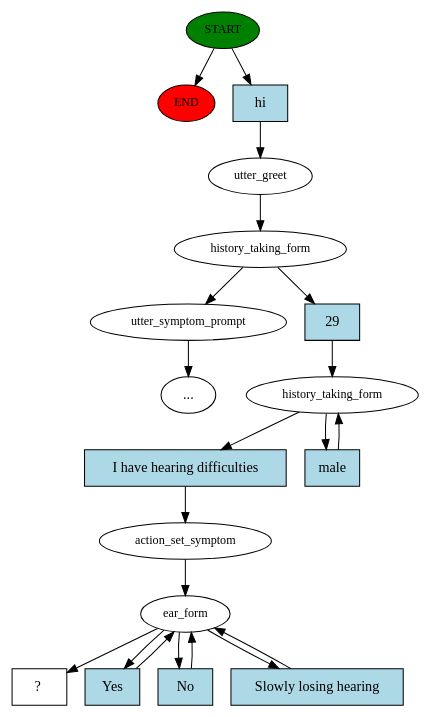
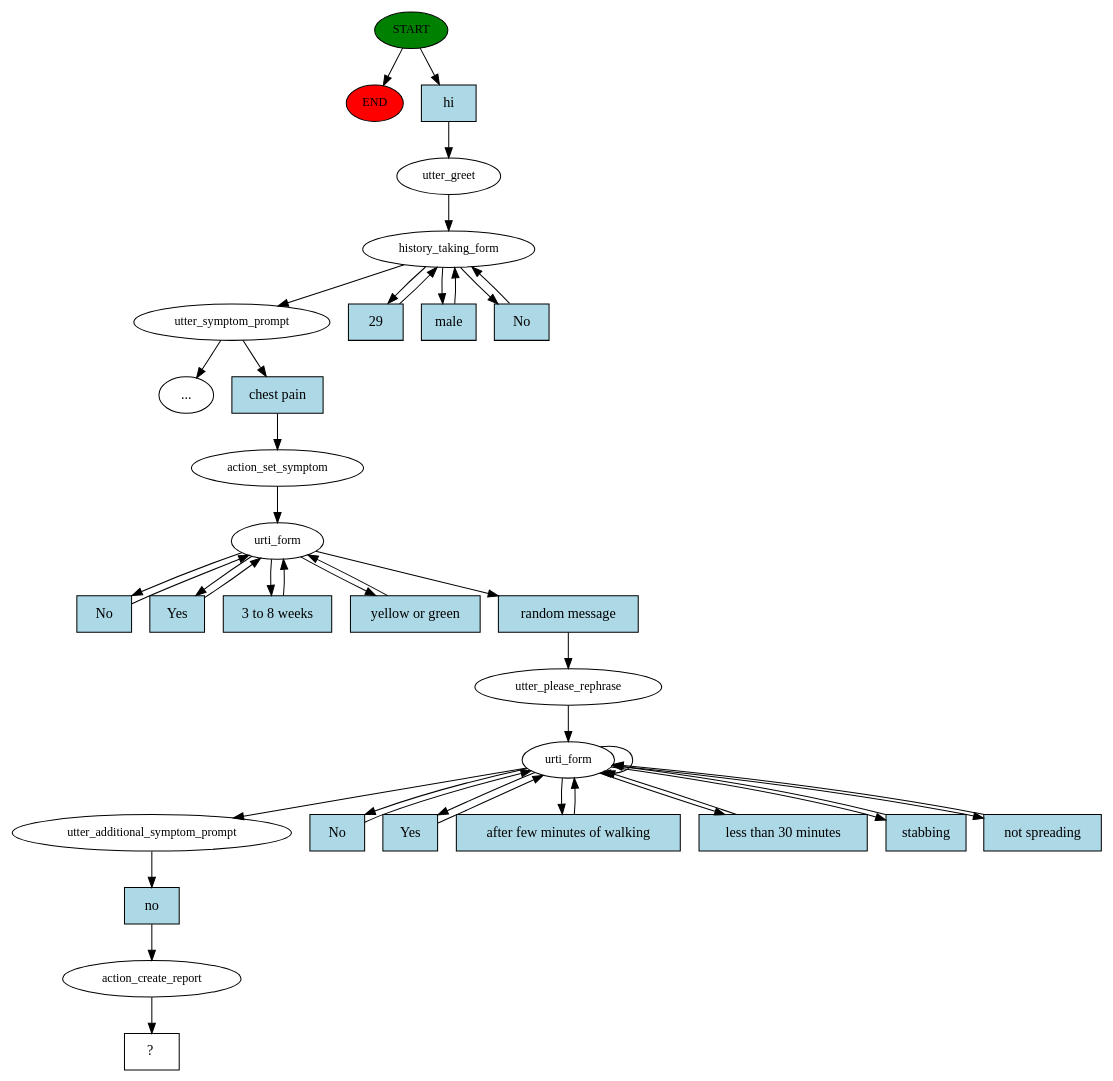
One commit to owen-yap/rasa-cyberlife changed the diagram in story_graph.dot. Above: the diagram before and after it, drawn with Graphviz. The commit also changed 14 other files, not shown here.

```diff
--- a/story_graph.dot
+++ b/story_graph.dot
@@ -1,39 +1,75 @@
 digraph  {
 0 [class="start active", fillcolor=green, fontsize=12, label=START, style=filled];
 "-1" [class=end, fillcolor=red, fontsize=12, label=END, style=filled];
 1 [class=active, fontsize=12, label=utter_greet];
 2 [class=active, fontsize=12, label=history_taking_form];
-3 [class="", fontsize=12, label=utter_symptom_prompt];
+3 [class=active, fontsize=12, label=utter_symptom_prompt];
 "-3" [class=ellipsis, label="..."];
-6 [class=active, fontsize=12, label=history_taking_form];
-8 [class=active, fontsize=12, label=action_set_symptom];
-9 [class=active, fontsize=12, label=ear_form];
-13 [class="intent dashed active", label="  ?  ", shape=rect];
-14 [class="intent active", fillcolor=lightblue, label=hi, shape=rect, style=filled];
-15 [class="intent active", fillcolor=lightblue, label=29, shape=rect, style=filled];
-16 [class="intent active", fillcolor=lightblue, label="I have hearing difficulties", shape=rect, style=filled];
-17 [class="intent active", fillcolor=lightblue, label=male, shape=rect, style=filled];
-18 [class="intent active", fillcolor=lightblue, label=Yes, shape=rect, style=filled];
-19 [class="intent active", fillcolor=lightblue, label=No, shape=rect, style=filled];
-20 [class="intent active", fillcolor=lightblue, label="Slowly losing hearing", shape=rect, style=filled];
+15 [class=active, fontsize=12, label=action_set_symptom];
+16 [class=active, fontsize=12, label=urti_form];
+29 [class=active, fontsize=12, label=utter_please_rephrase];
+30 [class=active, fontsize=12, label=urti_form];
+56 [class=active, fontsize=12, label=utter_additional_symptom_prompt];
+57 [class=active, fontsize=12, label=action_create_report];
+58 [class="intent dashed active", label="  ?  ", shape=rect];
+59 [class="intent active", fillcolor=lightblue, label=hi, shape=rect, style=filled];
+60 [class="intent active", fillcolor=lightblue, label=29, shape=rect, style=filled];
+61 [class="intent active", fillcolor=lightblue, label=male, shape=rect, style=filled];
+62 [class="intent active", fillcolor=lightblue, label=No, shape=rect, style=filled];
+63 [class="intent active", fillcolor=lightblue, label="chest pain", shape=rect, style=filled];
+64 [class="intent active", fillcolor=lightblue, label=No, shape=rect, style=filled];
+65 [class="intent active", fillcolor=lightblue, label=Yes, shape=rect, style=filled];
+66 [class="intent active", fillcolor=lightblue, label="3 to 8 weeks", shape=rect, style=filled];
+67 [class="intent active", fillcolor=lightblue, label="yellow or green", shape=rect, style=filled];
+68 [class="intent active", fillcolor=lightblue, label="random message", shape=rect, style=filled];
+69 [class="intent active", fillcolor=lightblue, label=No, shape=rect, style=filled];
+70 [class="intent active", fillcolor=lightblue, label=Yes, shape=rect, style=filled];
+71 [class="intent active", fillcolor=lightblue, label="after few minutes of walking", shape=rect, style=filled];
+72 [class="intent active", fillcolor=lightblue, label="less than 30 minutes", shape=rect, style=filled];
+73 [class="intent active", fillcolor=lightblue, label=stabbing, shape=rect, style=filled];
+74 [class="intent active", fillcolor=lightblue, label="not spreading", shape=rect, style=filled];
+75 [class="intent active", fillcolor=lightblue, label=no, shape=rect, style=filled];
 0 -> "-1"  [class="", key=NONE, label=""];
-0 -> 14  [class=active, key=0];
+0 -> 59  [class=active, key=0];
 1 -> 2  [class=active, key=NONE, label=""];
-2 -> 3  [class="", key=NONE, label=""];
-2 -> 15  [class=active, key=0];
+2 -> 3  [class=active, key=NONE, label=""];
+2 -> 60  [class=active, key=0];
+2 -> 61  [class=active, key=0];
+2 -> 62  [class=active, key=0];
 3 -> "-3"  [class="", key=NONE, label=""];
-6 -> 16  [class=active, key=0];
-6 -> 17  [class=active, key=0];
-8 -> 9  [class=active, key=NONE, label=""];
-9 -> 13  [class=active, key=NONE, label=""];
-9 -> 18  [class=active, key=0];
-9 -> 19  [class=active, key=0];
-9 -> 20  [class=active, key=0];
-14 -> 1  [class=active, key=0];
-15 -> 6  [class=active, key=0];
-16 -> 8  [class=active, key=0];
-17 -> 6  [class=active, key=0];
-18 -> 9  [class=active, key=0];
-19 -> 9  [class=active, key=0];
-20 -> 9  [class=active, key=0];
+3 -> 63  [class=active, key=0];
+15 -> 16  [class=active, key=NONE, label=""];
+16 -> 64  [class=active, key=0];
+16 -> 65  [class=active, key=0];
+16 -> 66  [class=active, key=0];
+16 -> 67  [class=active, key=0];
+16 -> 68  [class=active, key=0];
+29 -> 30  [class=active, key=NONE, label=""];
+30 -> 30  [class=active, key=NONE, label=""];
+30 -> 56  [class=active, key=NONE, label=""];
+30 -> 69  [class=active, key=0];
+30 -> 70  [class=active, key=0];
+30 -> 71  [class=active, key=0];
+30 -> 72  [class=active, key=0];
+30 -> 73  [class=active, key=0];
+30 -> 74  [class=active, key=0];
+56 -> 75  [class=active, key=0];
+57 -> 58  [class=active, key=NONE, label=""];
+59 -> 1  [class=active, key=0];
+60 -> 2  [class=active, key=0];
+61 -> 2  [class=active, key=0];
+62 -> 2  [class=active, key=0];
+63 -> 15  [class=active, key=0];
+64 -> 16  [class=active, key=0];
+65 -> 16  [class=active, key=0];
+66 -> 16  [class=active, key=0];
+67 -> 16  [class=active, key=0];
+68 -> 29  [class=active, key=0];
+69 -> 30  [class=active, key=0];
+70 -> 30  [class=active, key=0];
+71 -> 30  [class=active, key=0];
+72 -> 30  [class=active, key=0];
+73 -> 30  [class=active, key=0];
+74 -> 30  [class=active, key=0];
+75 -> 57  [class=active, key=0];
 }
```
